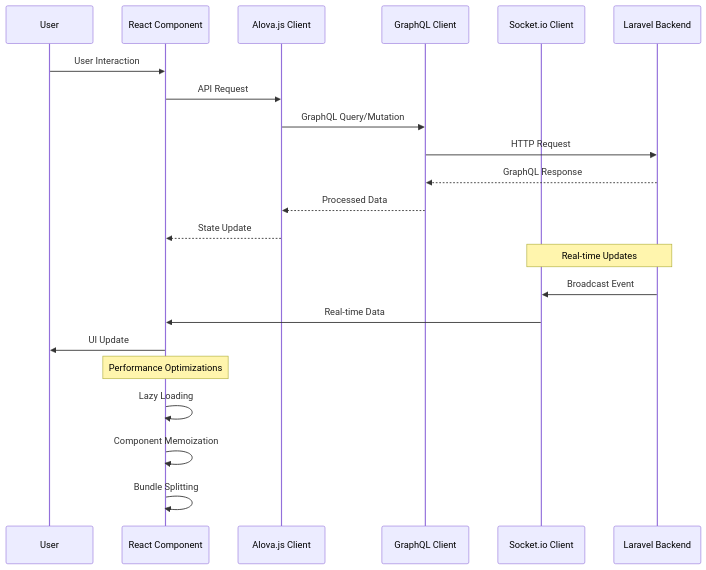
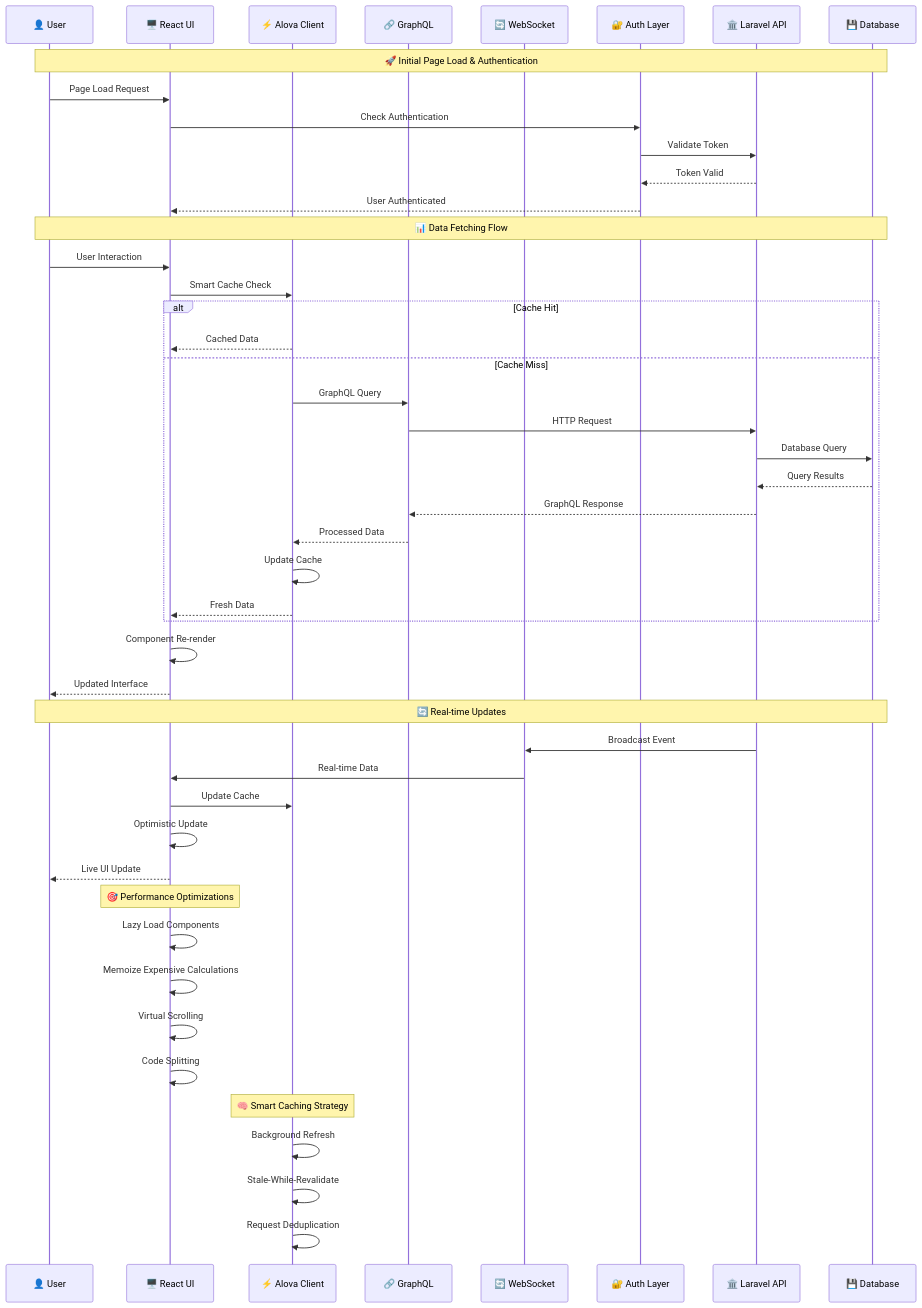
One commit to abdoElHodaky/larvaccountplatfo changed the second of 11 diagrams in README.md. Above: the diagram before and after it, drawn with Mermaid. The commit also changed other lines of this file, not shown here.

````diff
--- a/README.md
+++ b/README.md
@@ -168,27 +235,56 @@
 ```mermaid
 sequenceDiagram
-    participant U as User
-    participant C as React Component
-    participant A as Alova.js Client
-    participant G as GraphQL Client
-    participant S as Socket.io Client
-    participant B as Laravel Backend
+    participant U as 👤 User
+    participant UI as 🖥️ React UI
+    participant ALOVA as ⚡ Alova Client
+    participant GQL as 🔗 GraphQL
+    participant WS as 🔄 WebSocket
+    participant AUTH as 🔐 Auth Layer
+    participant API as 🏛️ Laravel API
+    participant DB as 💾 Database
     
-    U->>C: User Interaction
-    C->>A: API Request
-    A->>G: GraphQL Query/Mutation
-    G->>B: HTTP Request
-    B-->>G: GraphQL Response
-    G-->>A: Processed Data
-    A-->>C: State Update
+    Note over U,DB: 🚀 Initial Page Load & Authentication
+    U->>UI: Page Load Request
+    UI->>AUTH: Check Authentication
+    AUTH->>API: Validate Token
+    API-->>AUTH: Token Valid
+    AUTH-->>UI: User Authenticated
     
-    Note over S,B: Real-time Updates
-    B->>S: Broadcast Event
-    S->>C: Real-time Data
-    C->>U: UI Update
+    Note over U,DB: 📊 Data Fetching Flow
+    U->>UI: User Interaction
+    UI->>ALOVA: Smart Cache Check
     
-    Note over C: Performance Optimizations
-    C->>C: Lazy Loading
-    C->>C: Component Memoization
-    C->>C: Bundle Splitting
+    alt Cache Hit
+        ALOVA-->>UI: Cached Data
+    else Cache Miss
+        ALOVA->>GQL: GraphQL Query
+        GQL->>API: HTTP Request
+        API->>DB: Database Query
+        DB-->>API: Query Results
+        API-->>GQL: GraphQL Response
+        GQL-->>ALOVA: Processed Data
+        ALOVA->>ALOVA: Update Cache
+        ALOVA-->>UI: Fresh Data
+    end
+    
+    UI->>UI: Component Re-render
+    UI-->>U: Updated Interface
+    
+    Note over U,DB: 🔄 Real-time Updates
+    API->>WS: Broadcast Event
+    WS->>UI: Real-time Data
+    UI->>ALOVA: Update Cache
+    UI->>UI: Optimistic Update
+    UI-->>U: Live UI Update
+    
+    Note over UI: 🎯 Performance Optimizations
+    UI->>UI: Lazy Load Components
+    UI->>UI: Memoize Expensive Calculations
+    UI->>UI: Virtual Scrolling
+    UI->>UI: Code Splitting
+    
+    Note over ALOVA: 🧠 Smart Caching Strategy
+    ALOVA->>ALOVA: Background Refresh
+    ALOVA->>ALOVA: Stale-While-Revalidate
+    ALOVA->>ALOVA: Request Deduplication
 ```
````
